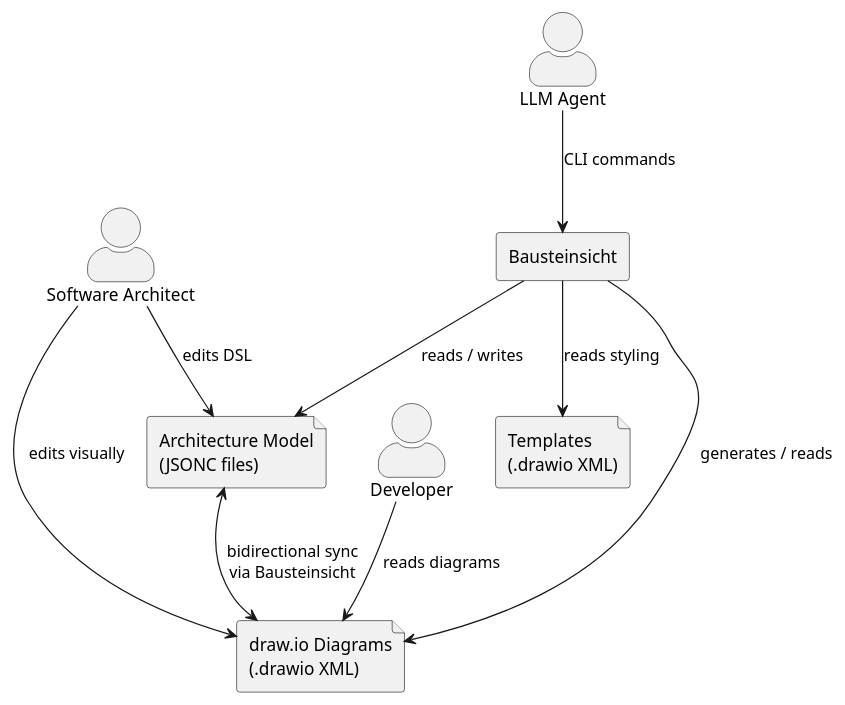
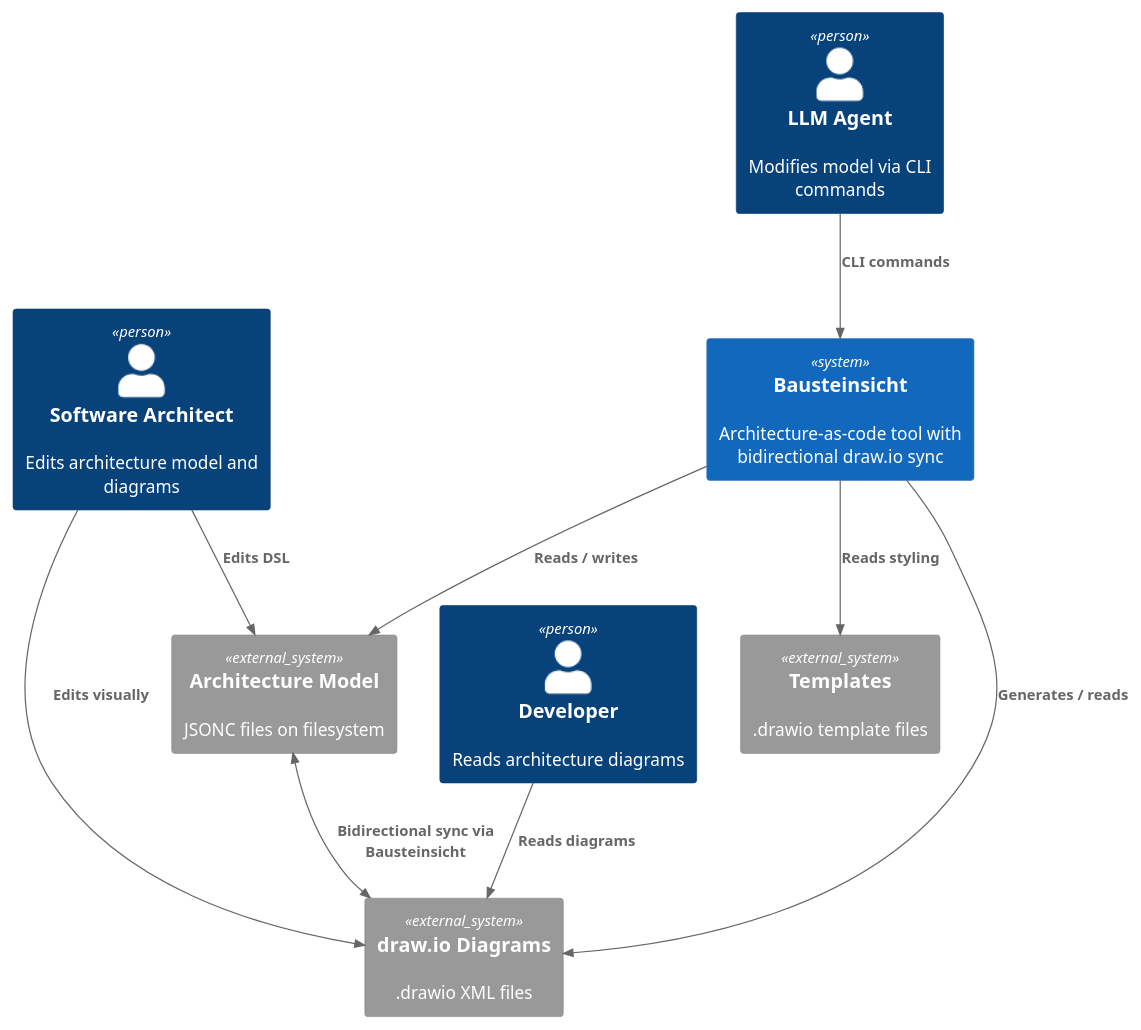
The diagram in src/docs/arc42/chapters/03_context_and_scope.adoc (docToolchain/Bausteinsicht), drawn with PlantUML before and after one commit. The commit also changed 2 other files, not shown here.

Commit message:
docs: migrate architecture diagrams to C4-PlantUML notation (#48)
Replaces ASCII art in chapter 04 and standard PlantUML component
diagrams in chapters 03/05 with C4-PlantUML macros (System, Container,
Component, Person, Rel, BiRel, System_Boundary, Container_Boundary).
Sequence and deployment diagrams (chapters 06/07) kept as-is since
C4 is not applicable to those diagram types.

```diff
--- a/src/docs/arc42/chapters/03_context_and_scope.adoc
+++ b/src/docs/arc42/chapters/03_context_and_scope.adoc
@@ -18,27 +18,27 @@
 [plantuml, business-context, png]
 ....
 @startuml
-skinparam actorStyle awesome
+!include <C4/C4_Context>
 
-actor "Software Architect" as architect
-actor "Developer" as dev
-actor "LLM Agent" as llm
+Person(architect, "Software Architect", "Edits architecture model and diagrams")
+Person(dev, "Developer", "Reads architecture diagrams")
+Person(llm, "LLM Agent", "Modifies model via CLI commands")
 
-rectangle "Bausteinsicht" as bs
+System(bs, "Bausteinsicht", "Architecture-as-code tool with bidirectional draw.io sync")
 
-file "Architecture Model\n(JSONC files)" as model
-file "draw.io Diagrams\n(.drawio XML)" as drawio
-file "Templates\n(.drawio XML)" as templates
+System_Ext(model, "Architecture Model", "JSONC files on filesystem")
+System_Ext(drawio, "draw.io Diagrams", ".drawio XML files")
+System_Ext(templates, "Templates", ".drawio template files")
 
-architect --> drawio : edits visually
-architect --> model : edits DSL
-dev --> drawio : reads diagrams
-llm --> bs : CLI commands
+Rel(architect, drawio, "Edits visually")
+Rel(architect, model, "Edits DSL")
+Rel(dev, drawio, "Reads diagrams")
+Rel(llm, bs, "CLI commands")
 
-bs --> model : reads / writes
-bs --> drawio : generates / reads
-bs --> templates : reads styling
+Rel(bs, model, "Reads / writes")
+Rel(bs, drawio, "Generates / reads")
+Rel(bs, templates, "Reads styling")
 
-model <--> drawio : bidirectional sync\nvia Bausteinsicht
+BiRel(model, drawio, "Bidirectional sync via Bausteinsicht")
 @enduml
 ....
```
